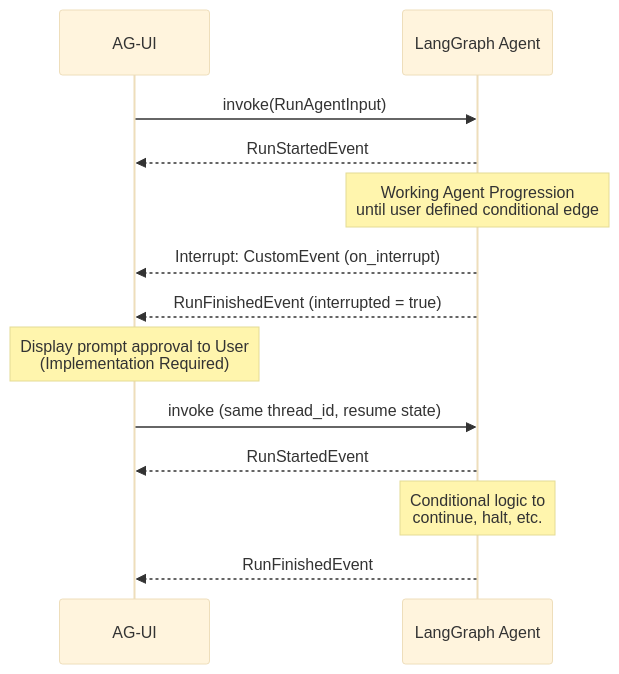
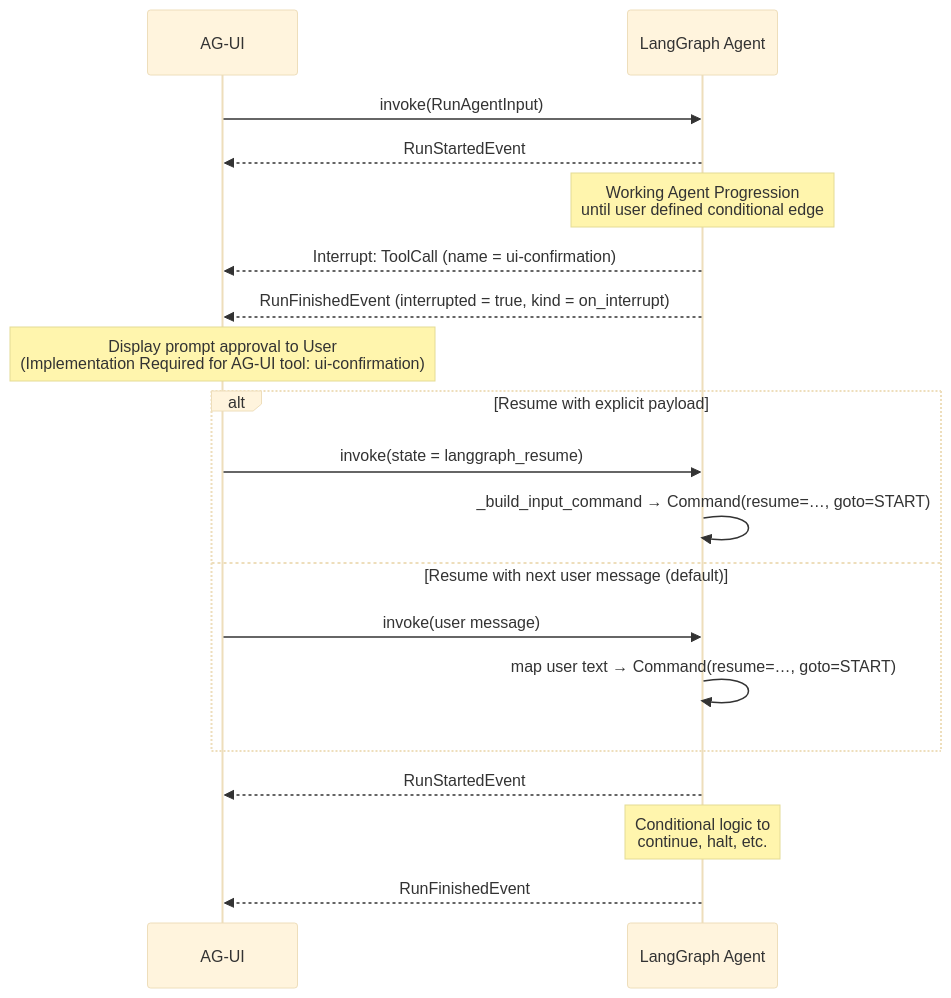
One commit to datarobot-oss/datarobot-genai changed the diagram in docs/langgraph/hitl.md. Above: the diagram before and after it, drawn with Mermaid (base theme).

Commit message:
update sequence diagram

````diff
--- a/docs/langgraph/hitl.md
+++ b/docs/langgraph/hitl.md
@@ -51,22 +51,29 @@
 ```mermaid
 sequenceDiagram
     participant UI as AG-UI
     participant LGA as LangGraph Agent
 
     UI->>LGA: invoke(RunAgentInput)
     LGA-->>UI: RunStartedEvent
 
     Note over LGA: Working Agent Progression<br/>until user defined conditional edge
 
-    LGA-->>UI: Interrupt: CustomEvent (on_interrupt)
-    LGA-->>UI: RunFinishedEvent (interrupted = true)
+    LGA-->>UI: Interrupt: ToolCall (name = ui-confirmation)
+    LGA-->>UI: RunFinishedEvent (interrupted = true, kind = on_interrupt)
 
-    Note over UI: Display prompt approval to User<br/>(Implementation Required)
+    Note over UI: Display prompt approval to User<br/>(Implementation Required for AG-UI tool: ui-confirmation)
 
-    UI->>LGA: invoke (same thread_id, resume state)
+    alt Resume with explicit payload
+        UI->>LGA: invoke(state = langgraph_resume)
+        LGA->>LGA: _build_input_command → Command(resume=…, goto=START)
+    else Resume with next user message (default)
+        UI->>LGA: invoke(user message)
+        LGA->>LGA: map user text → Command(resume=…, goto=START)
+    end
+
     LGA-->>UI: RunStartedEvent
 
     Note over LGA: Conditional logic to<br/>continue, halt, etc.
 
     LGA-->>UI: RunFinishedEvent
 ```
````
